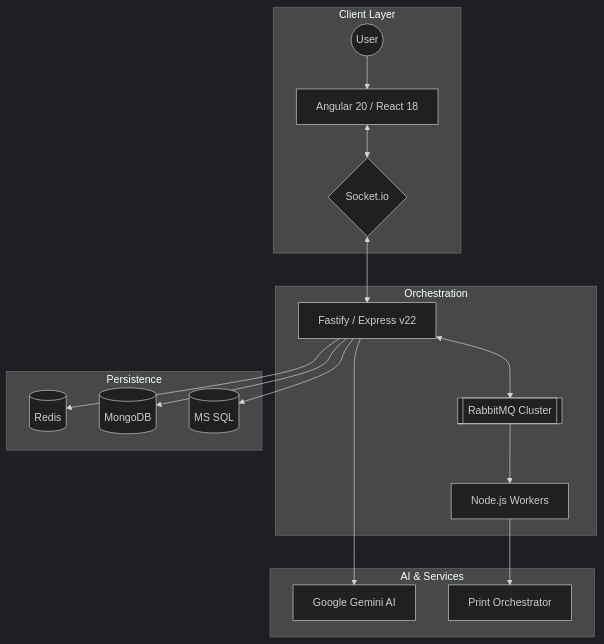
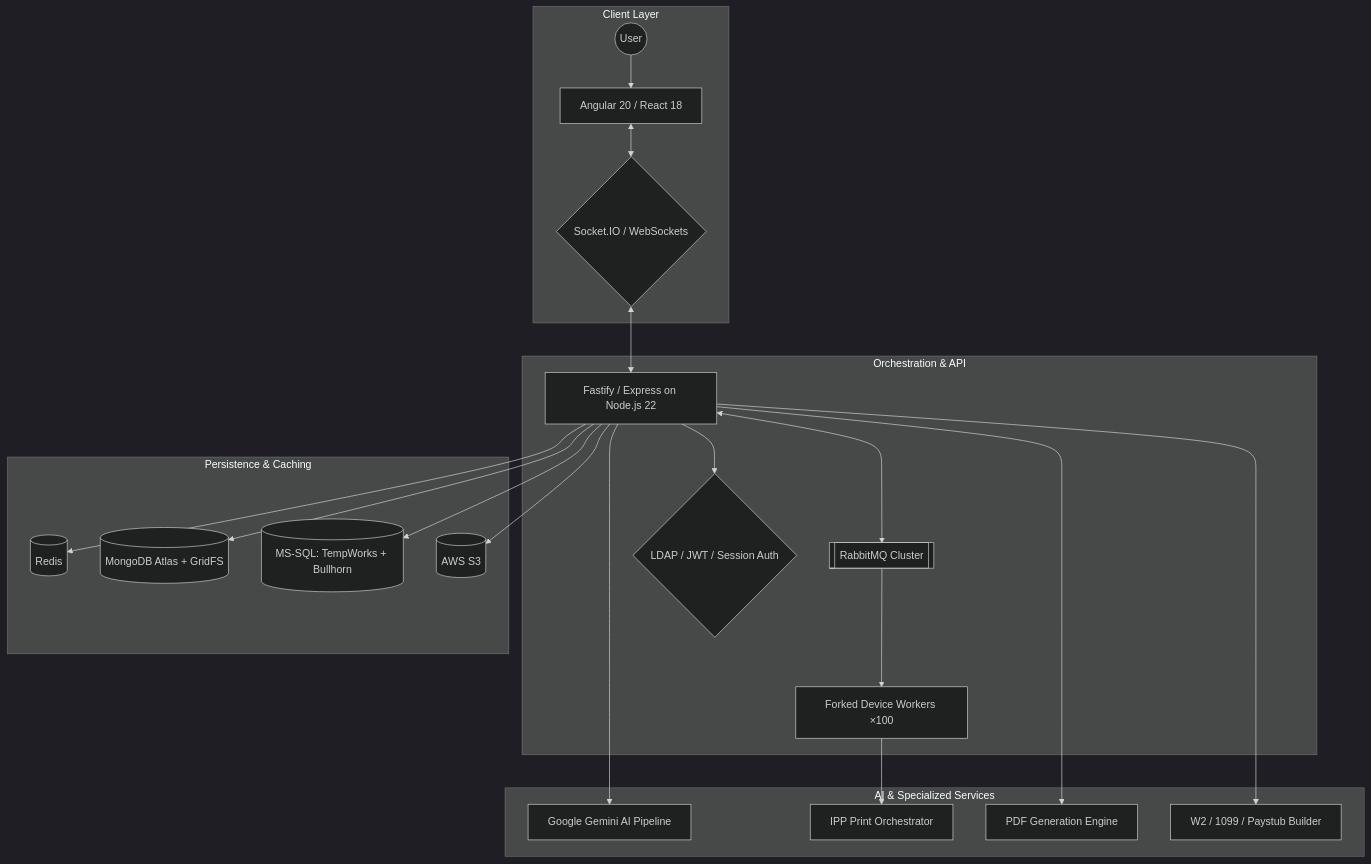
The diagram in resume.md (rcpsolutions-net/markdown-docs), drawn with Mermaid (dark theme) before and after one commit. The commit also changed other lines of this file, not shown here.

````diff
--- a/resume.md
+++ b/resume.md
@@ -13,24 +15,25 @@
 ```mermaid
 graph TD
     subgraph Client_Layer [Client Layer]
         User((User)) --> UI[Angular 20 / React 18]
-        UI <--> WS{Socket.io}
+        UI <--> WS{Socket.IO / WebSockets}
     end
-
-    subgraph Logic_Layer [Orchestration]
-        WS <--> API[Fastify / Express v22]
+    subgraph Logic_Layer [Orchestration & API]
+        WS <--> API[Fastify / Express on Node.js 22]
         API <--> MQ[[RabbitMQ Cluster]]
-        MQ --> Workers[Node.js Workers]
+        MQ --> Workers[Forked Device Workers ×100]
+        API --> Auth{LDAP / JWT / Session Auth}
     end
-
-    subgraph Service_Layer [AI & Services]
-        API --> Gemini[Google Gemini AI]
-        Workers --> IPP[Print Orchestrator]
+    subgraph Service_Layer [AI & Specialized Services]
+        API --> Gemini[Google Gemini AI Pipeline]
+        Workers --> IPP[IPP Print Orchestrator]
+        API --> PDF[PDF Generation Engine]
+        API --> Tax[W2 / 1099 / Paystub Builder]
     end
-
-    subgraph Data_Layer [Persistence]
+    subgraph Data_Layer [Persistence & Caching]
         API --> Cache[(Redis)]
-        API --> MDB[(MongoDB)]
-        API --> SQL[(MS SQL)]
+        API --> MDB[(MongoDB Atlas + GridFS)]
+        API --> SQL[(MS-SQL: TempWorks + Bullhorn)]
+        API --> S3[(AWS S3)]
     end
 ```
````
